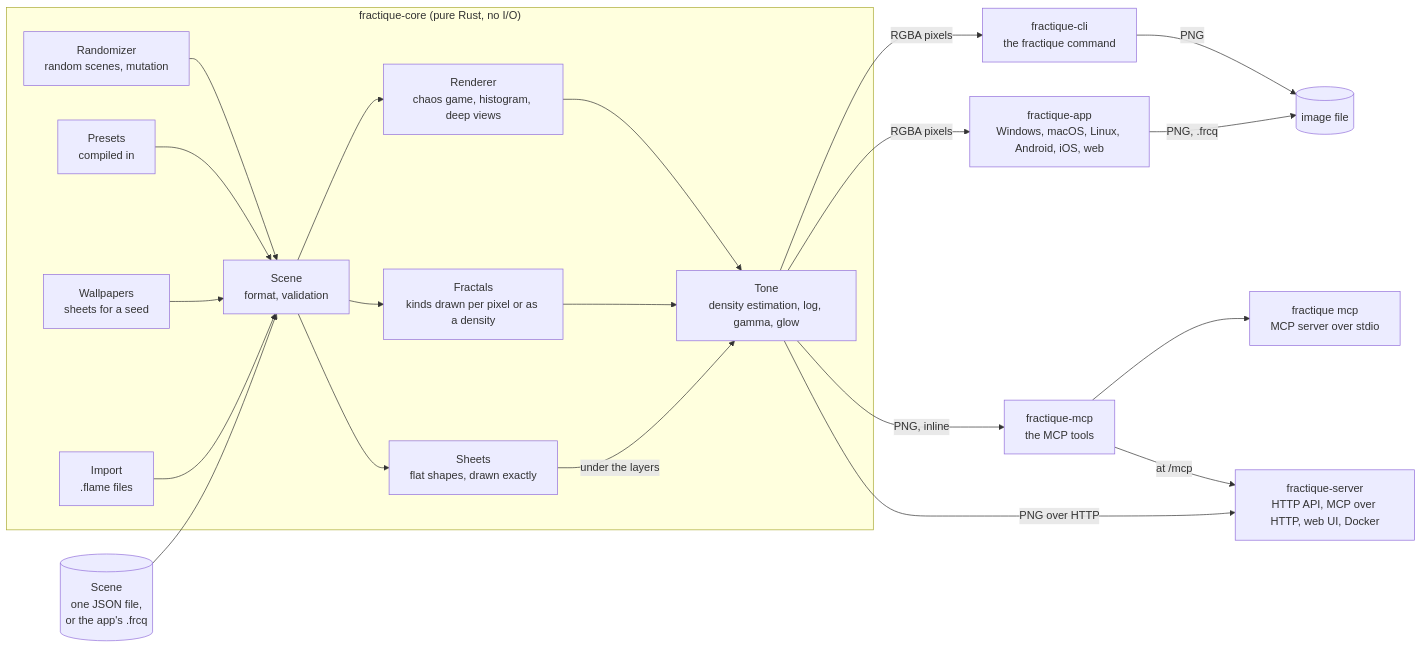
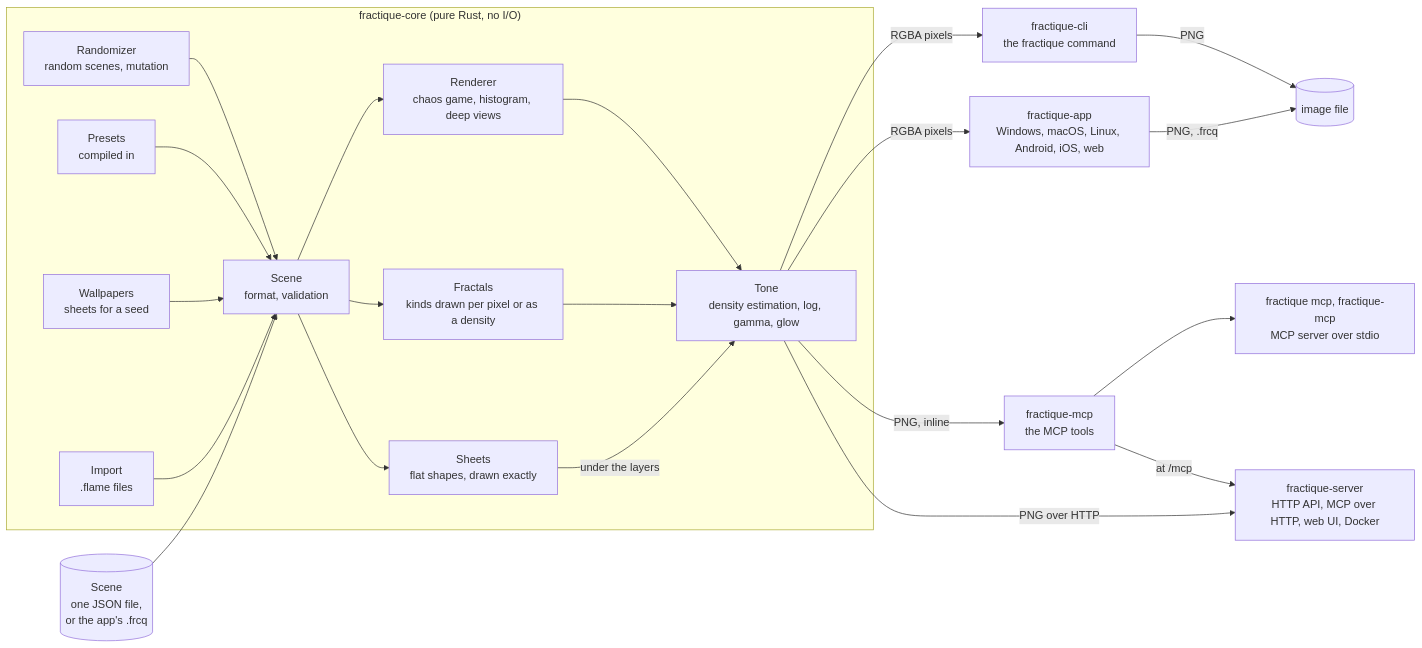
One commit to tarpetos/fractique changed the first of 2 diagrams in docs/architecture.md. Above: the diagram before and after it, drawn with Mermaid. The commit also changed other lines of this file and 28 other files, not shown here.

````diff
--- a/docs/architecture.md
+++ b/docs/architecture.md
@@ -9,40 +9,40 @@
 ```mermaid
 flowchart LR
     SCENE[("Scene<br/>one JSON file,<br/>or the app's .frcq")]
 
     subgraph CORE["fractique-core (pure Rust, no I/O)"]
         VAL["Scene<br/>format, validation"]
         RND["Randomizer<br/>random scenes, mutation"]
         PRE["Presets<br/>compiled in"]
         WAL["Wallpapers<br/>sheets for a seed"]
         IMP["Import<br/>.flame files"]
         REN["Renderer<br/>chaos game, histogram, deep views"]
         FRA["Fractals<br/>kinds drawn per pixel or as a density"]
         TON["Tone<br/>density estimation, log, gamma, glow"]
         SHE["Sheets<br/>flat shapes, drawn exactly"]
         VAL --> REN --> TON
         VAL --> FRA --> TON
         VAL --> SHE
         RND --> VAL
         PRE --> VAL
         WAL --> VAL
         IMP --> VAL
     end
 
     CLI["fractique-cli<br/>the fractique command"]
     TOOLS["fractique-mcp<br/>the MCP tools"]
-    MCP["fractique mcp<br/>MCP server over stdio"]
+    MCP["fractique mcp, fractique-mcp<br/>MCP server over stdio"]
     SRV["fractique-server<br/>HTTP API, MCP over HTTP, web UI, Docker"]
     APP["fractique-app<br/>Windows, macOS, Linux, Android, iOS, web"]
 
     SCENE --> VAL
     TON -- "RGBA pixels" --> CLI
     SHE -- "under the layers" --> TON
     TON -- "PNG, inline" --> TOOLS
     TOOLS --> MCP
     TOOLS -- "at /mcp" --> SRV
     TON -- "PNG over HTTP" --> SRV
     TON -- "RGBA pixels" --> APP
     CLI -- "PNG" --> OUT[("image file")]
     APP -- "PNG, .frcq" --> OUT
 ```
````
